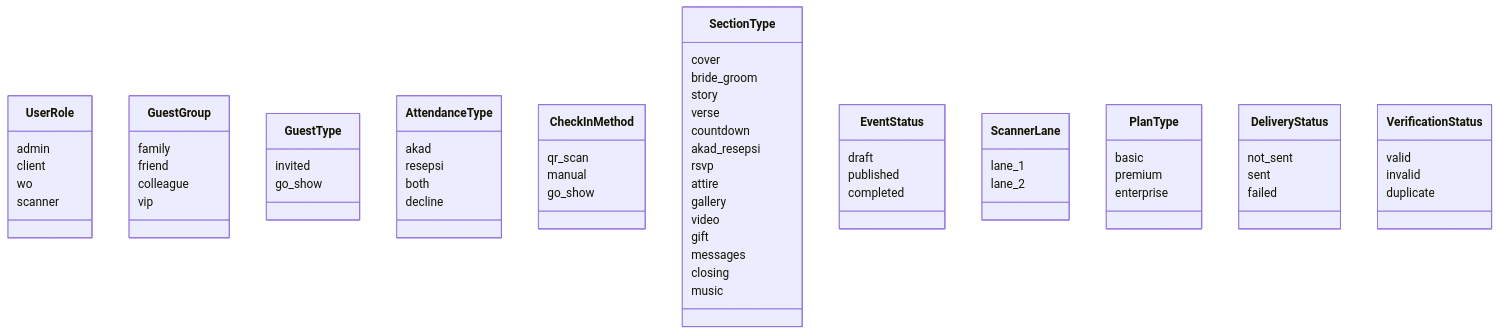
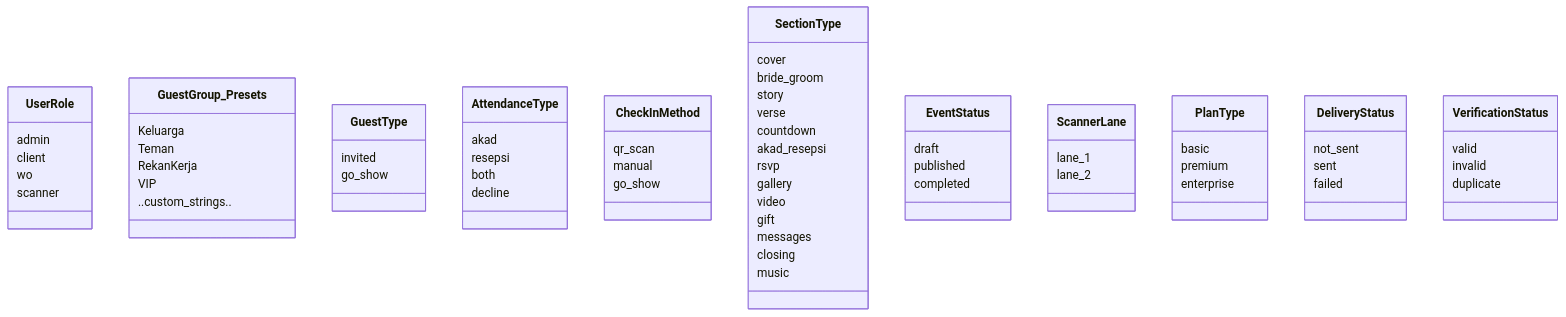
Before and after one commit to maru-story/wedding-ecosystem: the second of 2 diagrams in .agents/summary/data_models.md, drawn with Mermaid. The commit also changed other lines of this file and 148 other files, not shown here.

````diff
--- a/.agents/summary/data_models.md
+++ b/.agents/summary/data_models.md
@@ -219,70 +224,70 @@
 ```mermaid
 classDiagram
     class UserRole {
         admin
         client
         wo
         scanner
     }
-    class GuestGroup {
-        family
-        friend
-        colleague
-        vip
+    class GuestGroup_Presets {
+        Keluarga
+        Teman
+        RekanKerja
+        VIP
+        ..custom_strings..
     }
     class GuestType {
         invited
         go_show
     }
     class AttendanceType {
         akad
         resepsi
         both
         decline
     }
     class CheckInMethod {
         qr_scan
         manual
         go_show
     }
     class SectionType {
         cover
         bride_groom
         story
         verse
         countdown
         akad_resepsi
         rsvp
-        attire
         gallery
         video
         gift
         messages
         closing
         music
     }
     class EventStatus {
         draft
         published
         completed
     }
     class ScannerLane {
         lane_1
         lane_2
     }
     class PlanType {
         basic
         premium
         enterprise
     }
     class DeliveryStatus {
         not_sent
         sent
         failed
     }
     class VerificationStatus {
         valid
         invalid
         duplicate
     }
 ```
````
